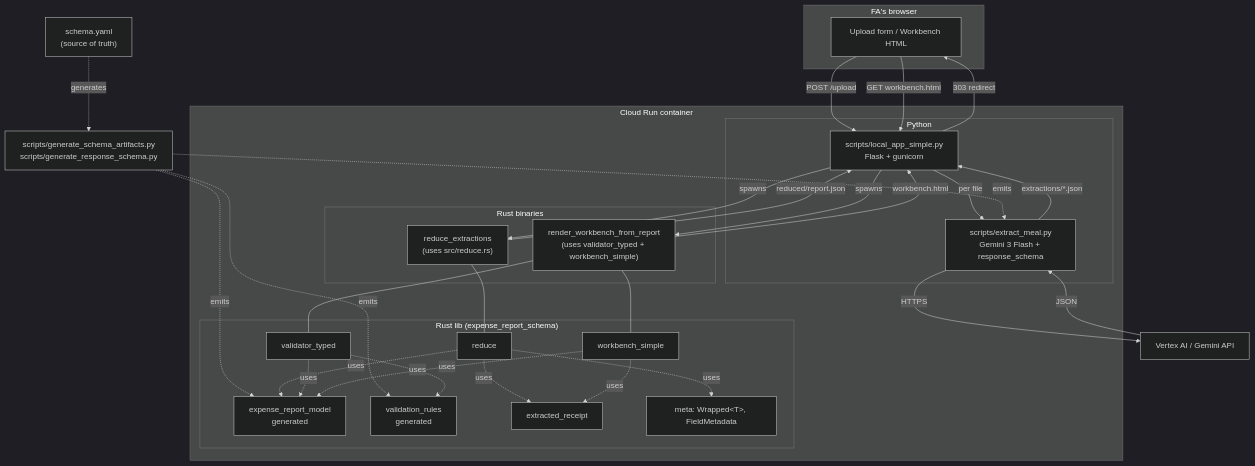
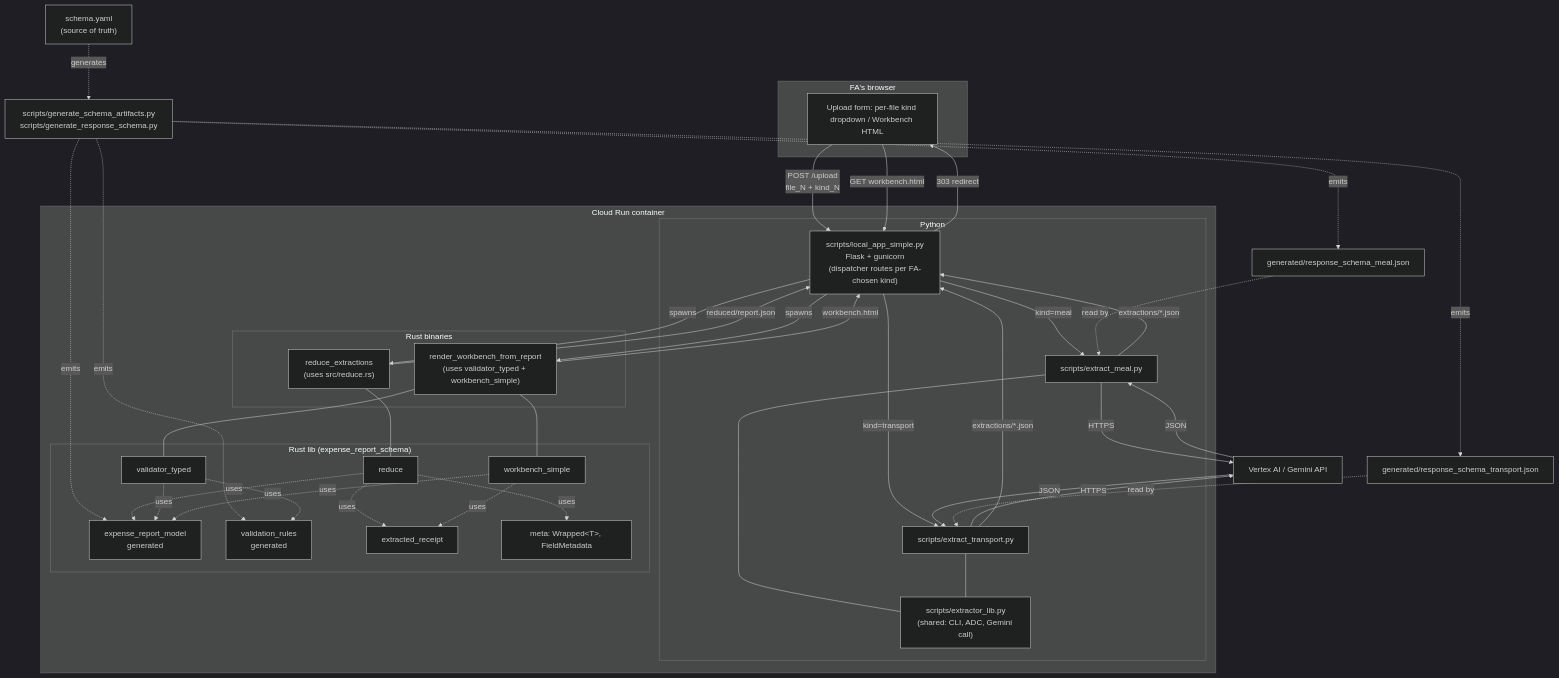
The first of 5 diagrams in docs/SPEC.md (aweditya/expense-reports-automation), drawn with Mermaid (dark theme) before and after one commit. The commit also changed other lines of this file, not shown here.

````diff
--- a/docs/SPEC.md
+++ b/docs/SPEC.md
@@ -45,58 +45,71 @@
 ```mermaid
 graph TB
     subgraph FA["FA's browser"]
-        UI[Upload form / Workbench HTML]
+        UI[Upload form: per-file kind dropdown / Workbench HTML]
     end
 
     subgraph CR["Cloud Run container"]
         subgraph Py["Python"]
-            Flask["scripts/local_app_simple.py<br/>Flask + gunicorn"]
-            Extract["scripts/extract_meal.py<br/>Gemini 3 Flash + response_schema"]
+            Flask["scripts/local_app_simple.py<br/>Flask + gunicorn<br/>(dispatcher routes per FA-chosen kind)"]
+            ExtMeal["scripts/extract_meal.py"]
+            ExtTransport["scripts/extract_transport.py"]
+            ExtLib["scripts/extractor_lib.py<br/>(shared: CLI, ADC, Gemini call)"]
         end
         subgraph Rust["Rust binaries"]
             Reduce["reduce_extractions<br/>(uses src/reduce.rs)"]
             Render["render_workbench_from_report<br/>(uses validator_typed + workbench_simple)"]
         end
         subgraph Lib["Rust lib (expense_report_schema)"]
             ER[expense_report_model<br/>generated]
             VR[validation_rules<br/>generated]
             ERcpt[extracted_receipt]
             Meta[meta: Wrapped&lt;T&gt;, FieldMetadata]
             Reducer[reduce]
             Vald[validator_typed]
             Wb[workbench_simple]
         end
     end
 
     Vertex["Vertex AI / Gemini API"]
     Schema["schema.yaml<br/>(source of truth)"]
     Codegen["scripts/generate_schema_artifacts.py<br/>scripts/generate_response_schema.py"]
+    RsMeal["generated/response_schema_meal.json"]
+    RsTransport["generated/response_schema_transport.json"]
 
-    UI -->|POST /upload| Flask
-    Flask -->|per file| Extract
-    Extract -->|HTTPS| Vertex
-    Vertex -->|JSON| Extract
-    Extract -->|extractions/*.json| Flask
+    UI -->|POST /upload<br/>file_N + kind_N| Flask
+    Flask -->|kind=meal| ExtMeal
+    Flask -->|kind=transport| ExtTransport
+    ExtMeal --- ExtLib
+    ExtTransport --- ExtLib
+    ExtMeal -->|HTTPS| Vertex
+    ExtTransport -->|HTTPS| Vertex
+    Vertex -->|JSON| ExtMeal
+    Vertex -->|JSON| ExtTransport
+    ExtMeal -->|extractions/*.json| Flask
+    ExtTransport -->|extractions/*.json| Flask
     Flask -->|spawns| Reduce
     Reduce -->|reduced/report.json| Flask
     Flask -->|spawns| Render
     Render -->|workbench.html| Flask
     Flask -->|303 redirect| UI
     UI -->|GET workbench.html| Flask
 
     Schema -.->|generates| Codegen
     Codegen -.->|emits| ER
     Codegen -.->|emits| VR
-    Codegen -.->|emits| Extract
+    Codegen -.->|emits| RsMeal
+    Codegen -.->|emits| RsTransport
+    RsMeal -.read by.-> ExtMeal
+    RsTransport -.read by.-> ExtTransport
 
     Reduce --- Reducer
     Render --- Vald
     Render --- Wb
     Reducer -.uses.-> ERcpt
     Reducer -.uses.-> ER
     Reducer -.uses.-> Meta
     Vald -.uses.-> ER
     Vald -.uses.-> VR
     Wb -.uses.-> ER
     Wb -.uses.-> ERcpt
 ```
````
